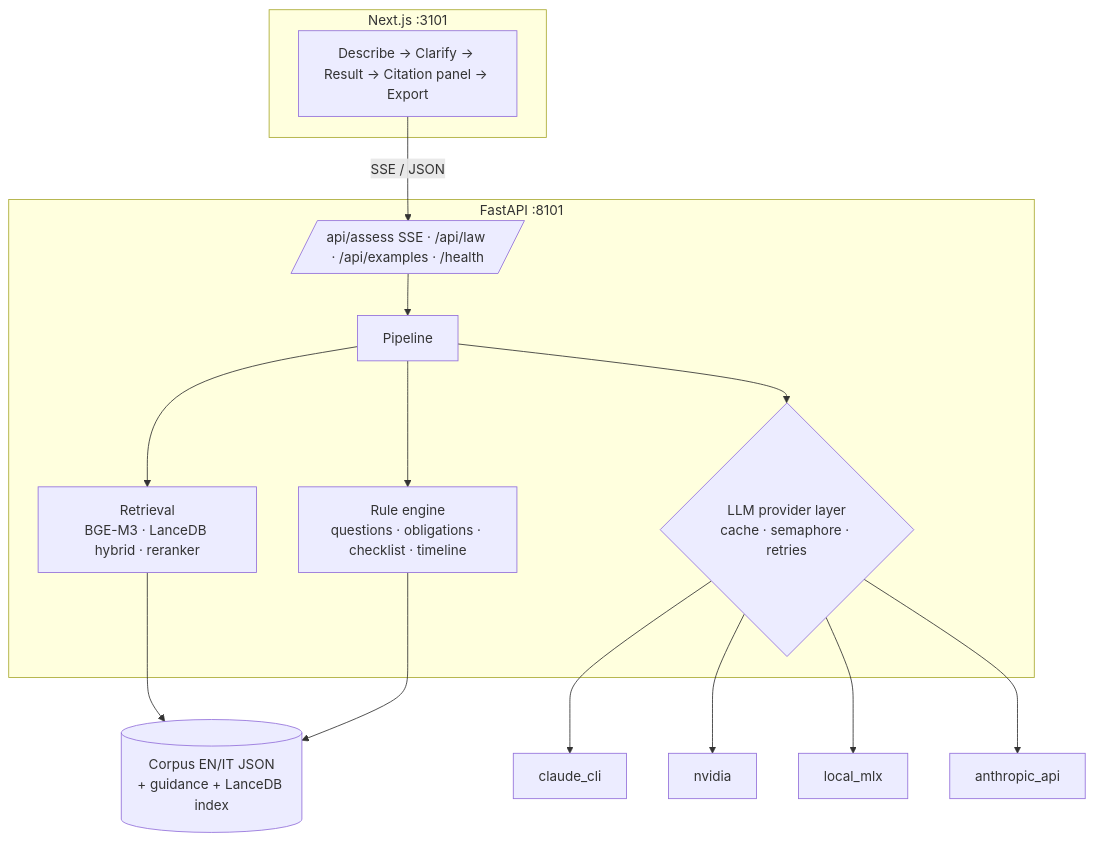
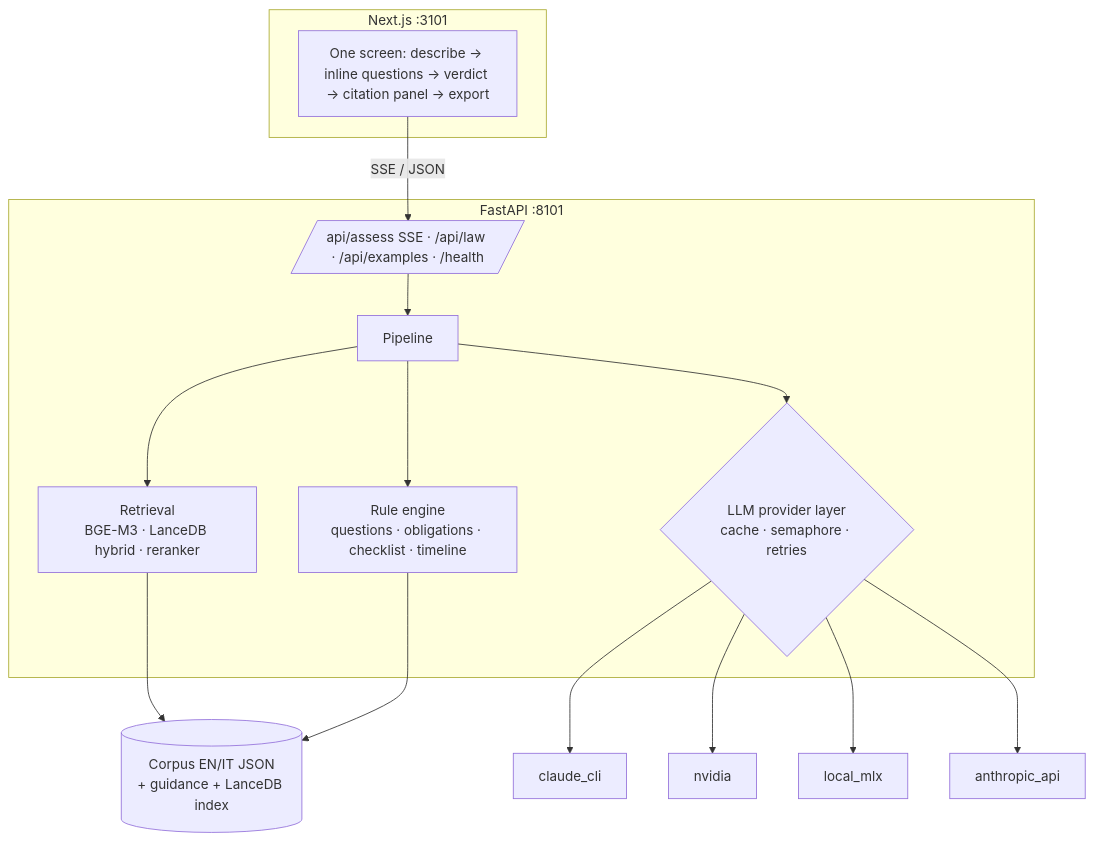
The second of 2 diagrams in README.md (costanzun/ai-act-checker), drawn with Mermaid before and after one commit. The commit also changed other lines of this file and 15 other files, not shown here.

First line of the commit message:
Docs: README and STATUS for the one-screen flow; new screenshots and demo GIF; capture scripts updated

````diff
--- a/README.md
+++ b/README.md
@@ -58,19 +65,19 @@
 ```mermaid
 flowchart TB
   subgraph FE[Next.js :3101]
-    UI[Describe → Clarify → Result → Citation panel → Export]
+    UI[One screen: describe → inline questions → verdict → citation panel → export]
   end
   subgraph BE[FastAPI :8101]
     API[/api/assess SSE · /api/law · /api/examples · /health/] --> PL[Pipeline]
     PL --> ENG[Rule engine<br/>questions · obligations · checklist · timeline]
     PL --> RET[Retrieval<br/>BGE-M3 · LanceDB hybrid · reranker]
     PL --> PROV{LLM provider layer<br/>cache · semaphore · retries}
   end
   UI -- SSE / JSON --> API
   PROV --> P1[claude_cli]
   PROV --> P2[nvidia]
   PROV --> P3[local_mlx]
   PROV --> P4[anthropic_api]
   RET --> C[(Corpus EN/IT JSON<br/>+ guidance + LanceDB index)]
   ENG --> C
 ```
````
